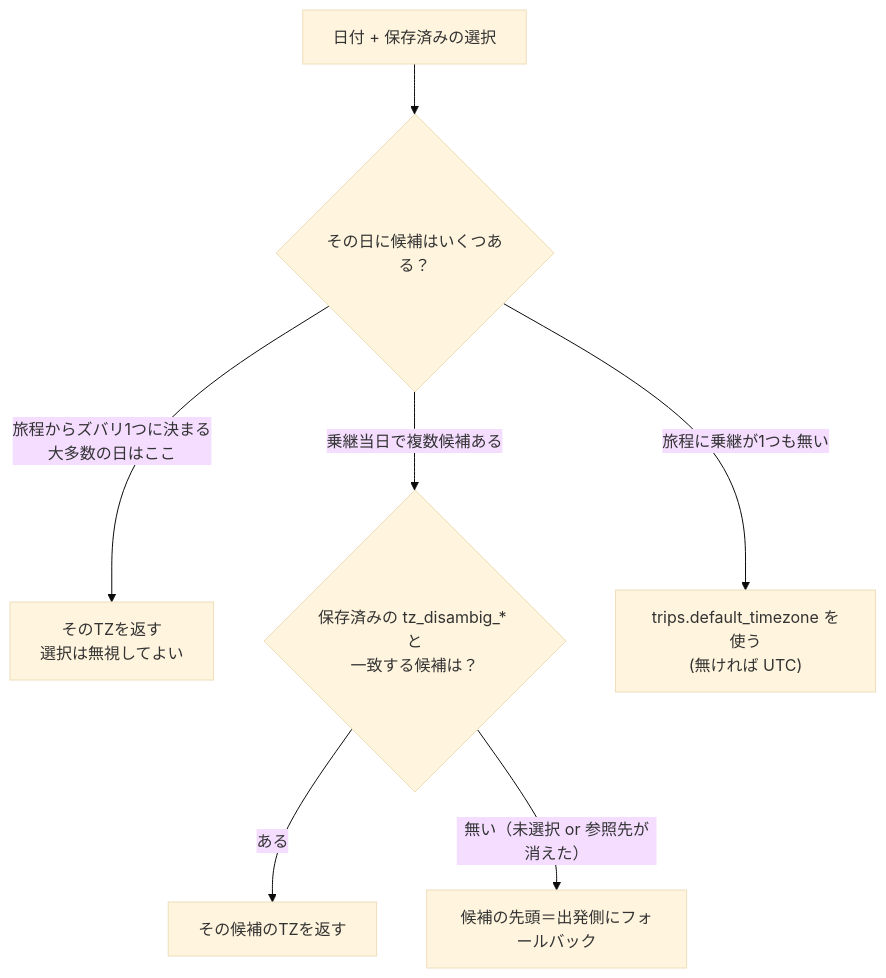
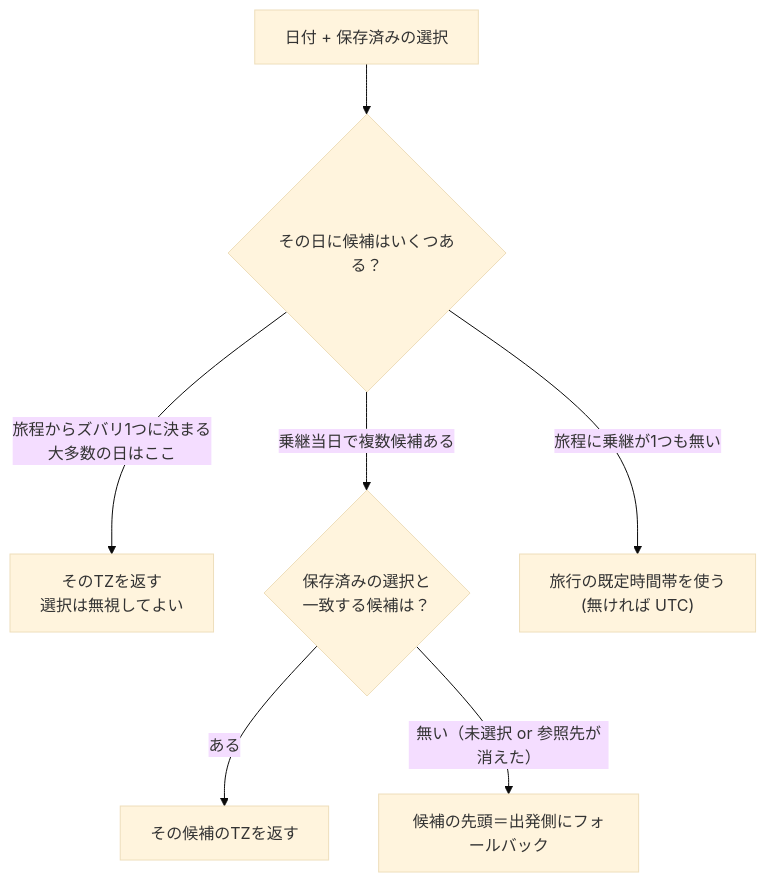
Before and after one commit to shidetake/triplot: the second of 5 diagrams in docs/design/timezone.md, drawn with Mermaid (base theme). The commit also changed other lines of this file, not shown here.

First line of the commit message:
timezone.md: 図に残っていた内部識別子と更新漏れを修正

````diff
--- a/docs/design/timezone.md
+++ b/docs/design/timezone.md
@@ -44,9 +44,9 @@
 ```mermaid
 flowchart TD
     A["日付 + 保存済みの選択"] --> B{"その日に候補はいくつある？"}
     B -->|"旅程からズバリ1つに決まる<br/>大多数の日はここ"| C["そのTZを返す<br/>選択は無視してよい"]
-    B -->|"乗継当日で複数候補ある"| D{"保存済みの tz_disambig_* と<br/>一致する候補は？"}
+    B -->|"乗継当日で複数候補ある"| D{"保存済みの選択と<br/>一致する候補は？"}
     D -->|"ある"| E["その候補のTZを返す"]
     D -->|"無い（未選択 or 参照先が消えた）"| F["候補の先頭＝出発側にフォールバック"]
-    B -->|"旅程に乗継が1つも無い"| G["trips.default_timezone を使う<br/>(無ければ UTC)"]
+    B -->|"旅程に乗継が1つも無い"| G["旅行の既定時間帯を使う<br/>(無ければ UTC)"]
 ```
````
